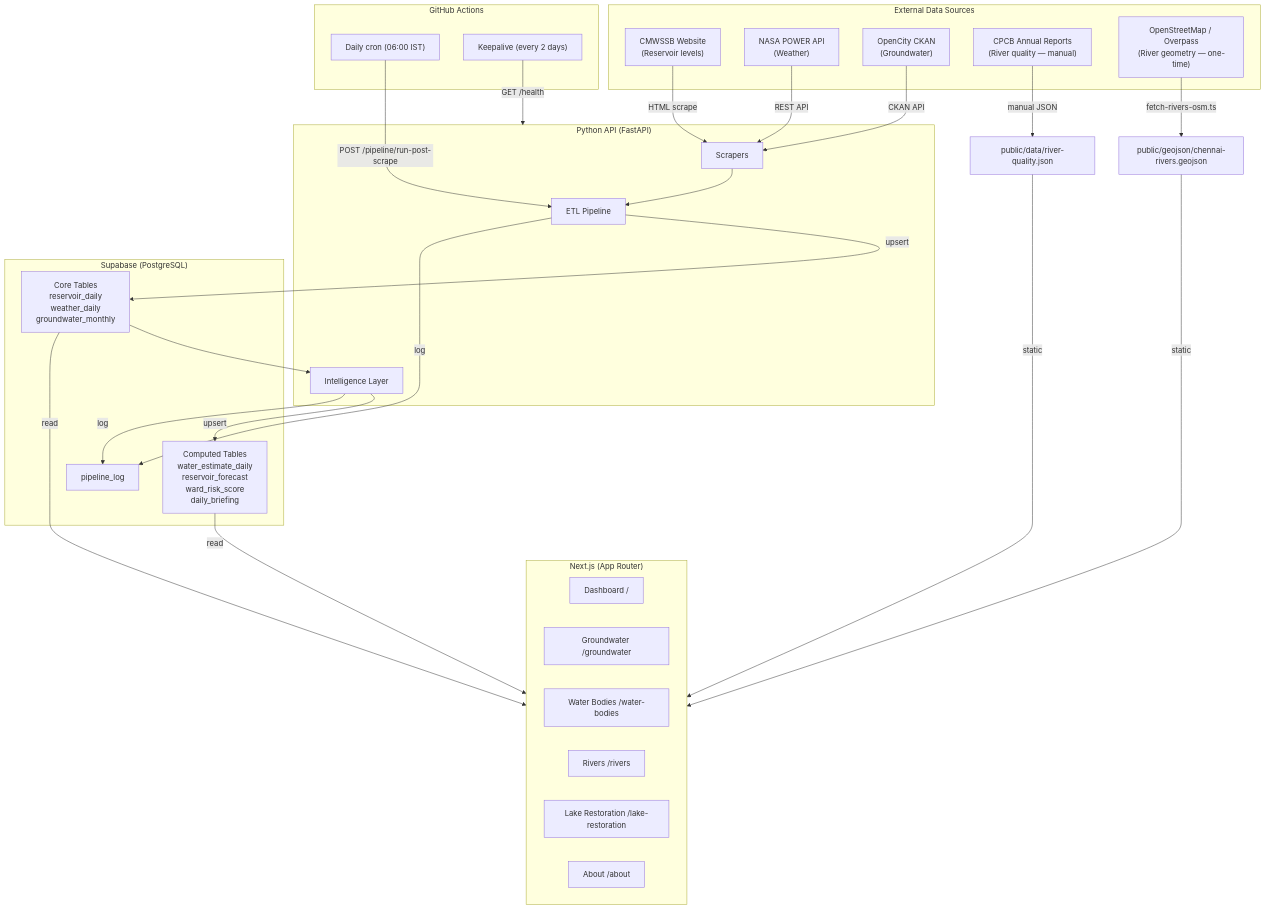
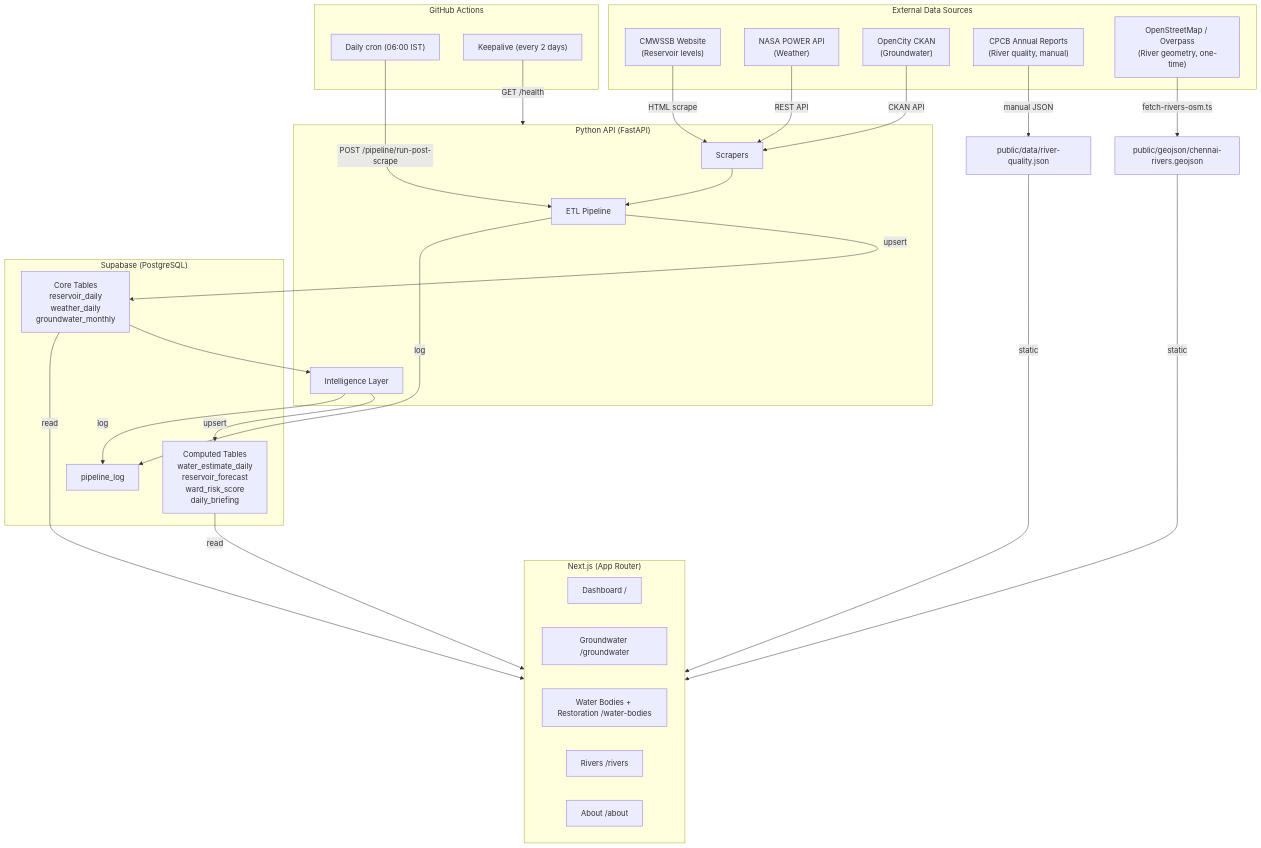
The first of 5 diagrams in ARCHITECTURE.md (SundareshPrasanna/neer-vazhvu), drawn with Mermaid before and after one commit. The commit also changed other lines of this file and 4 other files, not shown here.

````diff
--- a/ARCHITECTURE.md
+++ b/ARCHITECTURE.md
@@ -7,58 +7,57 @@
 ```mermaid
 graph TB
     subgraph External Data Sources
         CMWSSB["CMWSSB Website<br/>(Reservoir levels)"]
         NASA["NASA POWER API<br/>(Weather)"]
         OC["OpenCity CKAN<br/>(Groundwater)"]
-        CPCB["CPCB Annual Reports<br/>(River quality — manual)"]
-        OSM["OpenStreetMap / Overpass<br/>(River geometry — one-time)"]
+        CPCB["CPCB Annual Reports<br/>(River quality, manual)"]
+        OSM["OpenStreetMap / Overpass<br/>(River geometry, one-time)"]
     end
 
     subgraph Backend ["Python API (FastAPI)"]
         Scrapers["Scrapers"]
         ETL["ETL Pipeline"]
         Intel["Intelligence Layer"]
     end
 
     subgraph Database ["Supabase (PostgreSQL)"]
         Core["Core Tables<br/>reservoir_daily<br/>weather_daily<br/>groundwater_monthly"]
         Computed["Computed Tables<br/>water_estimate_daily<br/>reservoir_forecast<br/>ward_risk_score<br/>daily_briefing"]
         Log["pipeline_log"]
     end
 
     subgraph Frontend ["Next.js (App Router)"]
         Dashboard["Dashboard /"]
         GW["Groundwater /groundwater"]
-        WB["Water Bodies /water-bodies"]
+        WB["Water Bodies + Restoration /water-bodies"]
         Rivers["Rivers /rivers"]
-        LR["Lake Restoration /lake-restoration"]
         About["About /about"]
     end
 
     subgraph CI ["GitHub Actions"]
         Cron["Daily cron (06:00 IST)"]
         KA["Keepalive (every 2 days)"]
     end
 
     CMWSSB -->|HTML scrape| Scrapers
     NASA -->|REST API| Scrapers
     OC -->|CKAN API| Scrapers
     CPCB -->|manual JSON| StaticFiles["public/data/river-quality.json"]
     OSM -->|fetch-rivers-osm.ts| StaticFiles2["public/geojson/chennai-rivers.geojson"]
 
     Scrapers --> ETL
     ETL -->|upsert| Core
     Core --> Intel
     Intel -->|upsert| Computed
 
     ETL -->|log| Log
     Intel -->|log| Log
 
     Core -->|read| Frontend
     Computed -->|read| Frontend
     StaticFiles -->|static| Frontend
     StaticFiles2 -->|static| Frontend
 
     Cron -->|POST /pipeline/run-post-scrape| ETL
     KA -->|GET /health| Backend
 ```
````
